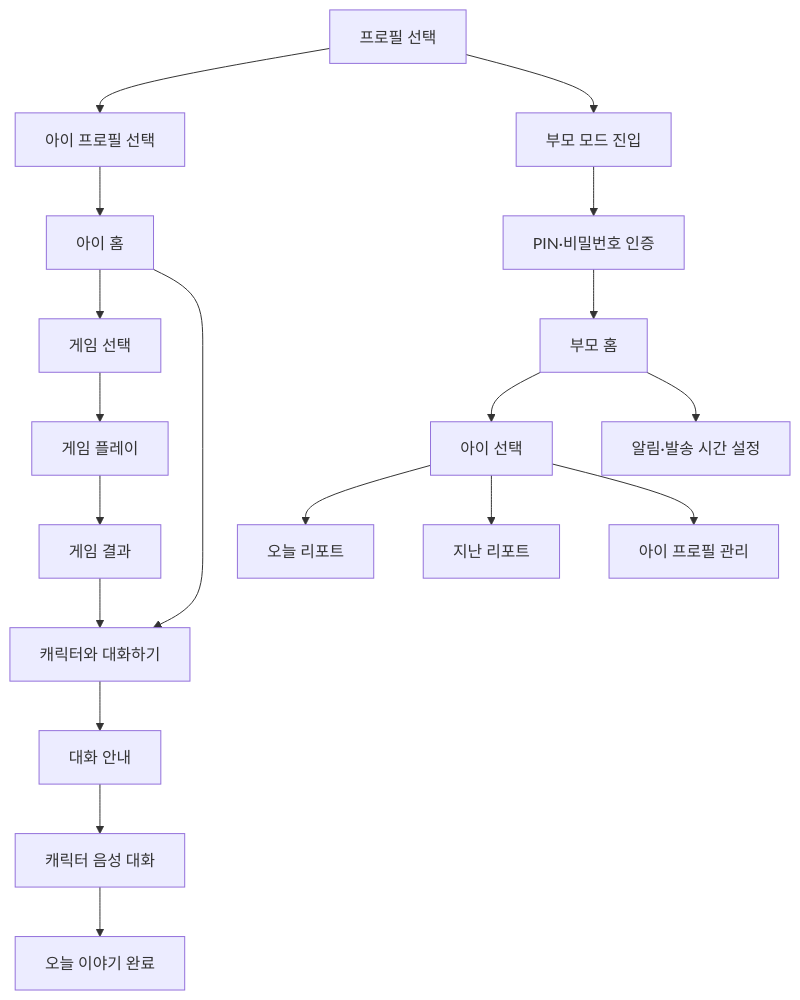
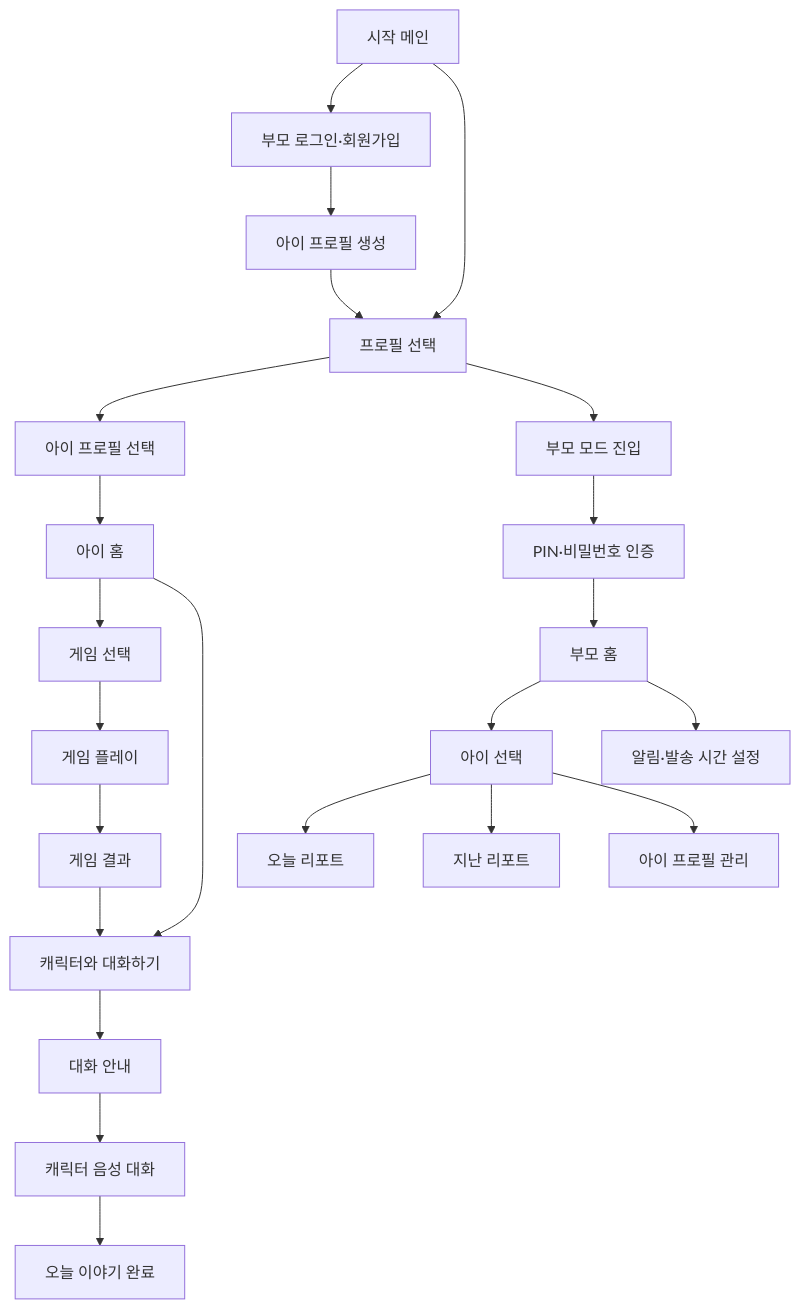
One commit to yel0732/bbanggeut changed the diagram in docs/UI_UX_REQUIREMENTS.md. Above: the diagram before and after it, drawn with Mermaid. The commit also changed 17 other files, not shown here.

````diff
--- a/docs/UI_UX_REQUIREMENTS.md
+++ b/docs/UI_UX_REQUIREMENTS.md
@@ -30,44 +30,52 @@
 ```mermaid
 flowchart TD
+  start["시작 메인"]
+  signup["부모 로그인·회원가입"]
+  createChild["아이 프로필 생성"]
   profile["프로필 선택"]
 
   childProfile["아이 프로필 선택"]
   childHome["아이 홈"]
   gameSelect["게임 선택"]
   gamePlay["게임 플레이"]
   gameResult["게임 결과"]
   talkEntry["캐릭터와 대화하기"]
   talkGuide["대화 안내"]
   voiceTalk["캐릭터 음성 대화"]
   storyDone["오늘 이야기 완료"]
 
   parentEntry["부모 모드 진입"]
   parentAuth["PIN·비밀번호 인증"]
   parentHome["부모 홈"]
   childSelect["아이 선택"]
   todayReport["오늘 리포트"]
   pastReport["지난 리포트"]
   profileManage["아이 프로필 관리"]
   notificationSetting["알림·발송 시간 설정"]
+
+  start --> signup
+  signup --> createChild
+  createChild --> profile
+  start --> profile
 
   profile --> childProfile
   profile --> parentEntry
 
   childProfile --> childHome
   childHome --> gameSelect
   gameSelect --> gamePlay
   gamePlay --> gameResult
   gameResult --> talkEntry
   childHome --> talkEntry
   talkEntry --> talkGuide
   talkGuide --> voiceTalk
   voiceTalk --> storyDone
 
   parentEntry --> parentAuth
   parentAuth --> parentHome
   parentHome --> childSelect
   parentHome --> notificationSetting
   childSelect --> todayReport
   childSelect --> pastReport
   childSelect --> profileManage
 ```
````
